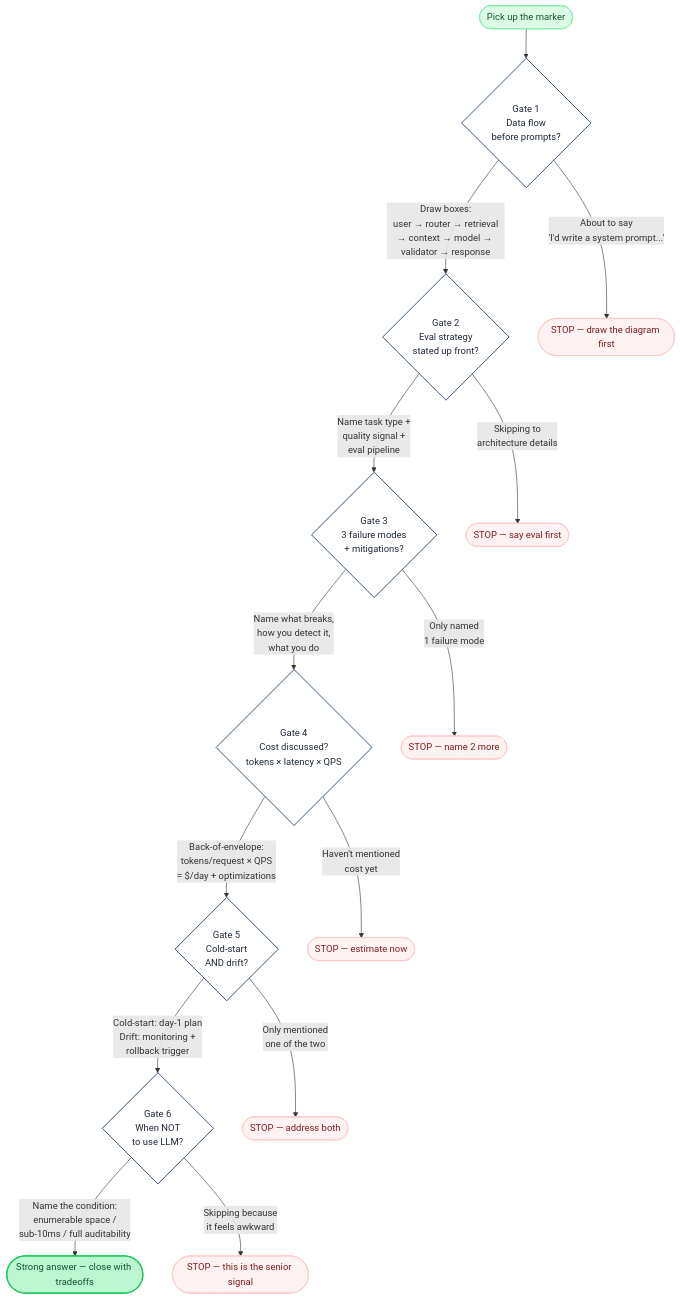
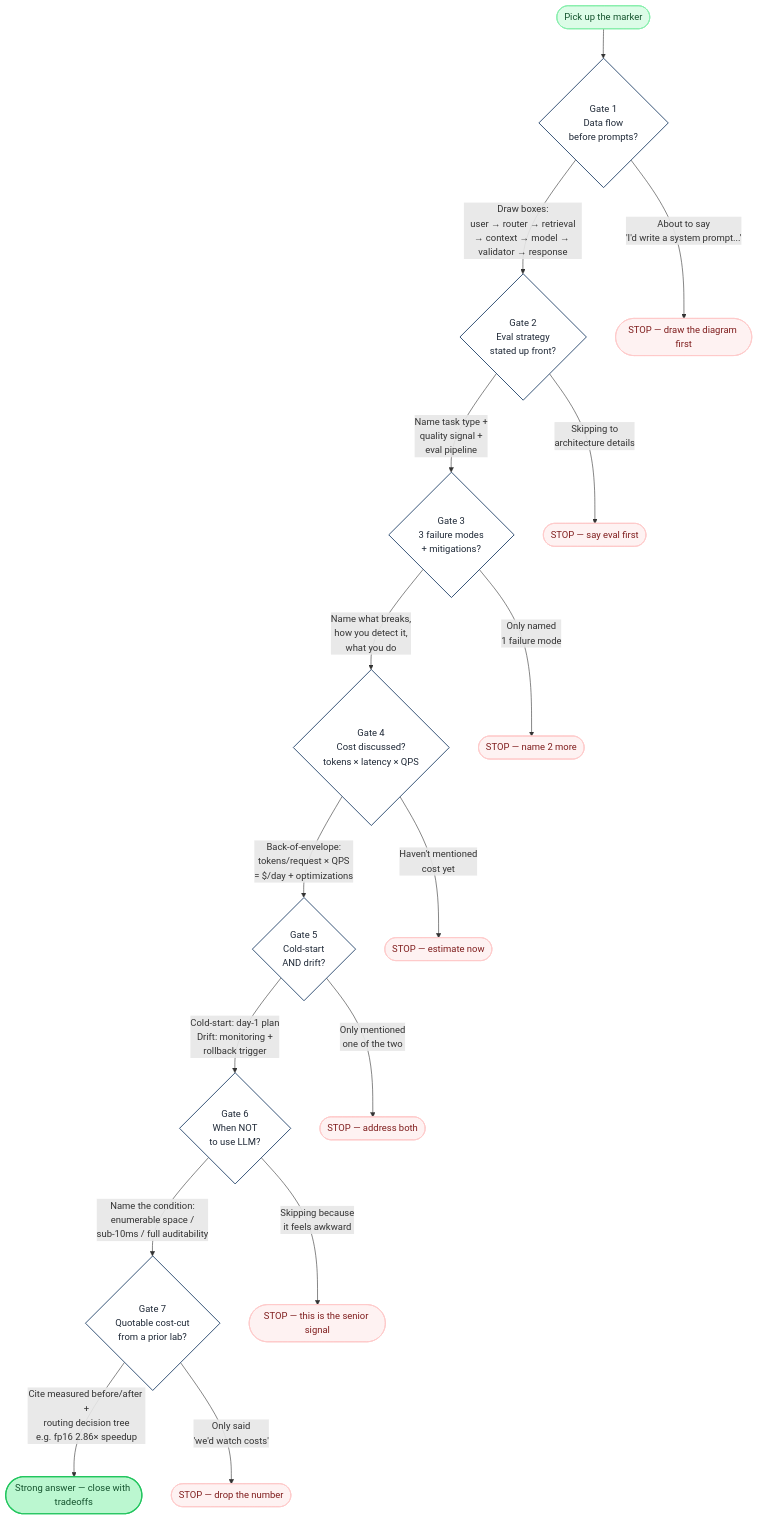
One commit to shaneliuyx/agent-development-curriculum changed the first of 13 diagrams in Week 11 - System Design.md. Above: the diagram before and after it, drawn with Mermaid. The commit also changed other lines of this file and 3 other files, not shown here.

````diff
--- a/Week 11 - System Design.md
+++ b/Week 11 - System Design.md
@@ -62,39 +74,43 @@
 ```mermaid
 flowchart TD
     START([Pick up the marker]) --> G1
 
     G1{Gate 1<br/>Data flow<br/>before prompts?}
     G1 -- "Draw boxes:<br/>user → router → retrieval<br/>→ context → model → validator → response" --> G2
     G1 -- "About to say<br/>'I'd write a system prompt...'" --> STOP1([STOP — draw the diagram first])
 
     G2{Gate 2<br/>Eval strategy<br/>stated up front?}
     G2 -- "Name task type +<br/>quality signal +<br/>eval pipeline" --> G3
     G2 -- "Skipping to<br/>architecture details" --> STOP2([STOP — say eval first])
 
     G3{Gate 3<br/>3 failure modes<br/>+ mitigations?}
     G3 -- "Name what breaks,<br/>how you detect it,<br/>what you do" --> G4
     G3 -- "Only named<br/>1 failure mode" --> STOP3([STOP — name 2 more])
 
     G4{Gate 4<br/>Cost discussed?<br/>tokens × latency × QPS}
     G4 -- "Back-of-envelope:<br/>tokens/request × QPS<br/>= $/day + optimizations" --> G5
     G4 -- "Haven't mentioned<br/>cost yet" --> STOP4([STOP — estimate now])
 
     G5{Gate 5<br/>Cold-start<br/>AND drift?}
     G5 -- "Cold-start: day-1 plan<br/>Drift: monitoring +<br/>rollback trigger" --> G6
     G5 -- "Only mentioned<br/>one of the two" --> STOP5([STOP — address both])
 
     G6{Gate 6<br/>When NOT<br/>to use LLM?}
-    G6 -- "Name the condition:<br/>enumerable space /<br/>sub-10ms / full auditability" --> DONE([Strong answer — close with tradeoffs])
+    G6 -- "Name the condition:<br/>enumerable space /<br/>sub-10ms / full auditability" --> G7
     G6 -- "Skipping because<br/>it feels awkward" --> STOP6([STOP — this is the senior signal])
+
+    G7{Gate 7<br/>Quotable cost-cut<br/>from a prior lab?}
+    G7 -- "Cite measured before/after +<br/>routing decision tree<br/>e.g. fp16 2.86× speedup" --> DONE([Strong answer — close with tradeoffs])
+    G7 -- "Only said<br/>'we'd watch costs'" --> STOP7([STOP — drop the number])
 
     %% UML Activity polish — consolidated palette via classDef
     classDef start fill:#dcfce7,stroke:#86efac,stroke-width:1.5px,color:#14532d
     classDef done  fill:#bbf7d0,stroke:#22c55e,stroke-width:2px,color:#14532d
     classDef stop  fill:#fef2f2,stroke:#fecaca,stroke-width:1.5px,color:#7f1d1d
     classDef gate  fill:#fff,stroke:#1f4068,stroke-width:1.5px,color:#1f2937
 
     class START start
     class DONE done
-    class STOP1,STOP2,STOP3,STOP4,STOP5,STOP6 stop
-    class G1,G2,G3,G4,G5,G6 gate
+    class STOP1,STOP2,STOP3,STOP4,STOP5,STOP6,STOP7 stop
+    class G1,G2,G3,G4,G5,G6,G7 gate
 ```
````
